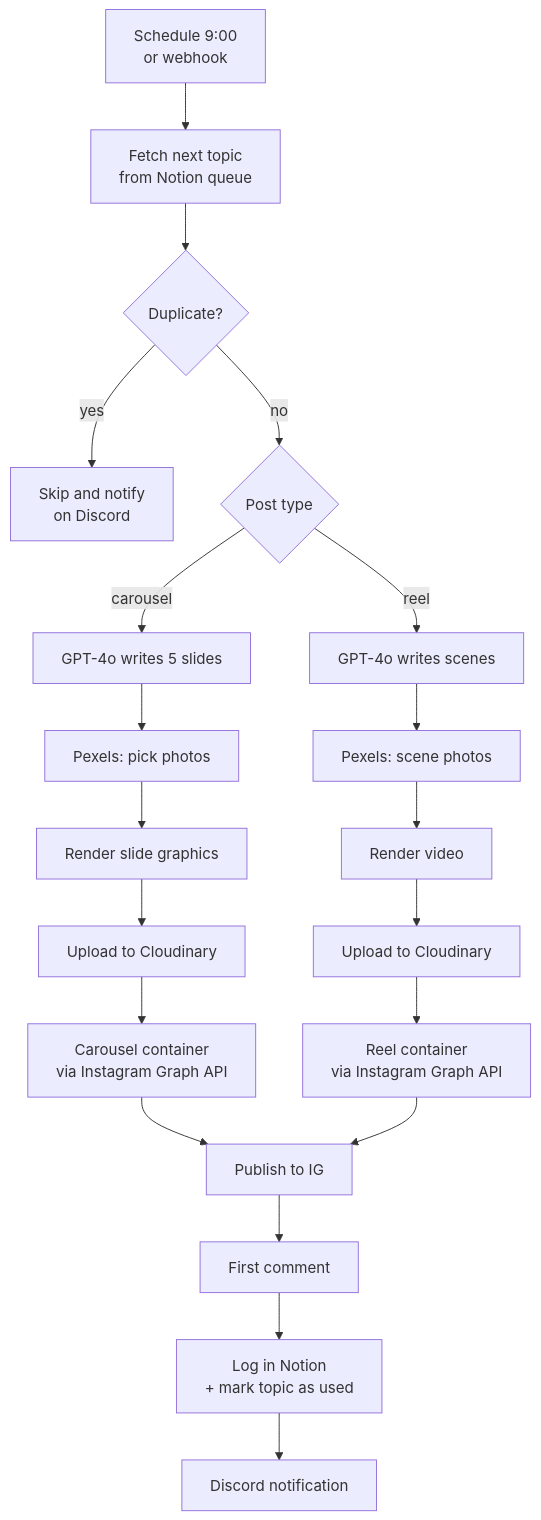
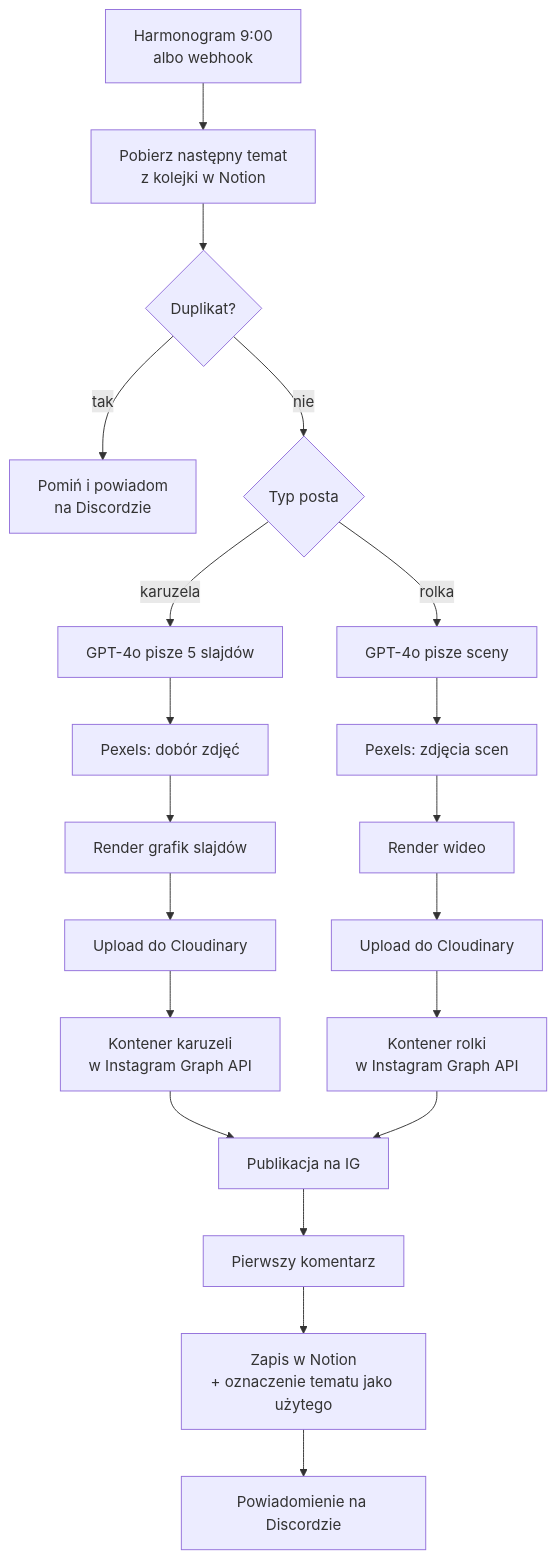
Before and after one commit to DrawnGirl/Portfolio: the diagram in projects/ig-content-automation/README.md, drawn with Mermaid. The commit also changed other lines of this file and 5 other files, not shown here.

````diff
--- a/projects/ig-content-automation/README.md
+++ b/projects/ig-content-automation/README.md
@@ -16,22 +16,22 @@
 ```mermaid
 flowchart TD
-    A[Schedule 9:00<br/>or webhook] --> B[Fetch next topic<br/>from Notion queue]
-    B --> C{Duplicate?}
-    C -- yes --> D[Skip and notify<br/>on Discord]
-    C -- no --> E{Post type}
-    E -- carousel --> F[GPT-4o writes 5 slides]
-    F --> G[Pexels: pick photos]
-    G --> H[Render slide graphics]
-    H --> I[Upload to Cloudinary]
-    I --> J[Carousel container<br/>via Instagram Graph API]
-    E -- reel --> K[GPT-4o writes scenes]
-    K --> L[Pexels: scene photos]
-    L --> M[Render video]
-    M --> N[Upload to Cloudinary]
-    N --> O[Reel container<br/>via Instagram Graph API]
-    J --> P[Publish to IG]
+    A[Harmonogram 9:00<br/>albo webhook] --> B[Pobierz następny temat<br/>z kolejki w Notion]
+    B --> C{Duplikat?}
+    C -- tak --> D[Pomiń i powiadom<br/>na Discordzie]
+    C -- nie --> E{Typ posta}
+    E -- karuzela --> F[GPT-4o pisze 5 slajdów]
+    F --> G[Pexels: dobór zdjęć]
+    G --> H[Render grafik slajdów]
+    H --> I[Upload do Cloudinary]
+    I --> J[Kontener karuzeli<br/>w Instagram Graph API]
+    E -- rolka --> K[GPT-4o pisze sceny]
+    K --> L[Pexels: zdjęcia scen]
+    L --> M[Render wideo]
+    M --> N[Upload do Cloudinary]
+    N --> O[Kontener rolki<br/>w Instagram Graph API]
+    J --> P[Publikacja na IG]
     O --> P
-    P --> Q[First comment]
-    Q --> R[Log in Notion<br/>+ mark topic as used]
-    R --> S[Discord notification]
+    P --> Q[Pierwszy komentarz]
+    Q --> R[Zapis w Notion<br/>+ oznaczenie tematu jako użytego]
+    R --> S[Powiadomienie na Discordzie]
 ```
````
